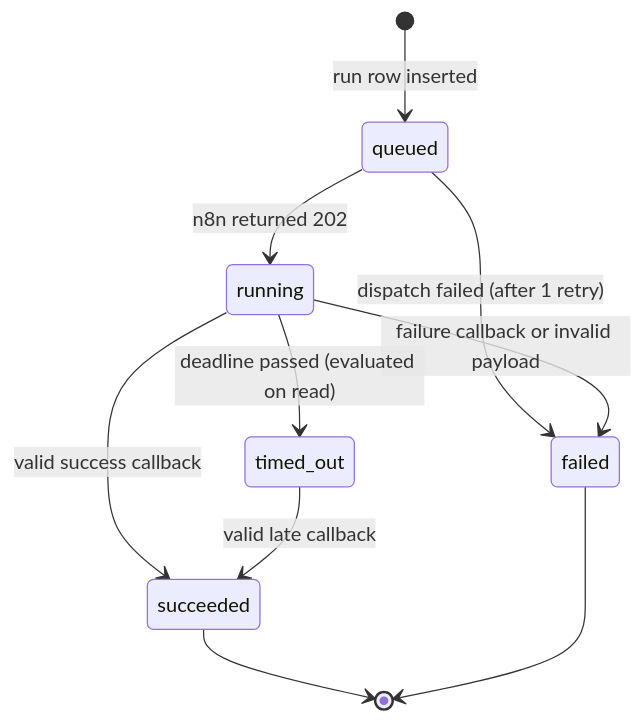
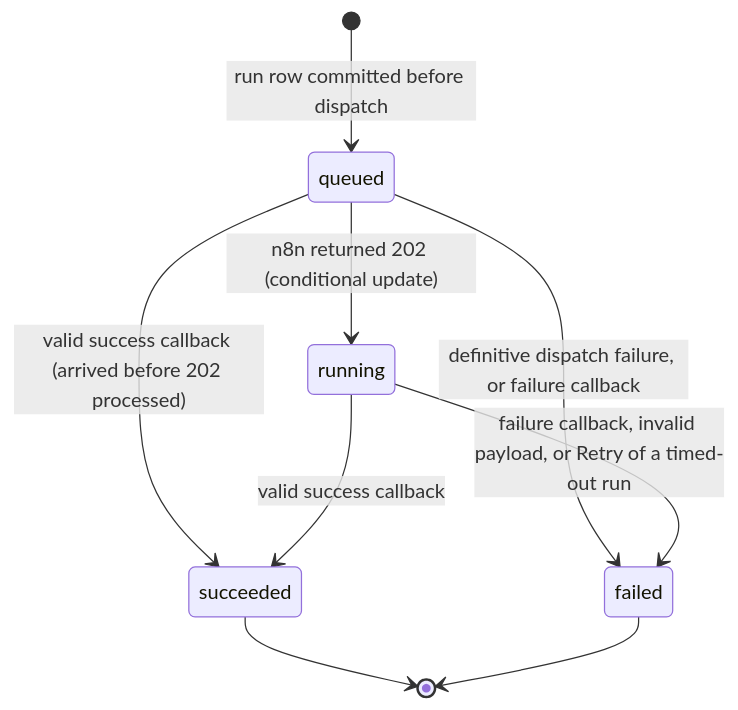
The seventh of 7 diagrams in docs/architecture-proposal.md (IntraWeb-Technology/upwork-command-center), drawn with Mermaid before and after one commit. The commit also changed other lines of this file and 1 other file, not shown here.

Commit message:
docs: validate architecture against n8n workflows

````diff
--- a/docs/architecture-proposal.md
+++ b/docs/architecture-proposal.md
@@ -457,12 +526,11 @@
 ```mermaid
 stateDiagram-v2
-  [*] --> queued: run row inserted
-  queued --> running: n8n returned 202
-  queued --> failed: dispatch failed (after 1 retry)
+  [*] --> queued: run row committed before dispatch
+  queued --> running: n8n returned 202 (conditional update)
+  queued --> succeeded: valid success callback (arrived before 202 processed)
+  queued --> failed: definitive dispatch failure, or failure callback
   running --> succeeded: valid success callback
-  running --> failed: failure callback or invalid payload
-  running --> timed_out: deadline passed (evaluated on read)
-  timed_out --> succeeded: valid late callback
+  running --> failed: failure callback, invalid payload, or Retry of a timed-out run
   succeeded --> [*]
   failed --> [*]
 ```
````
